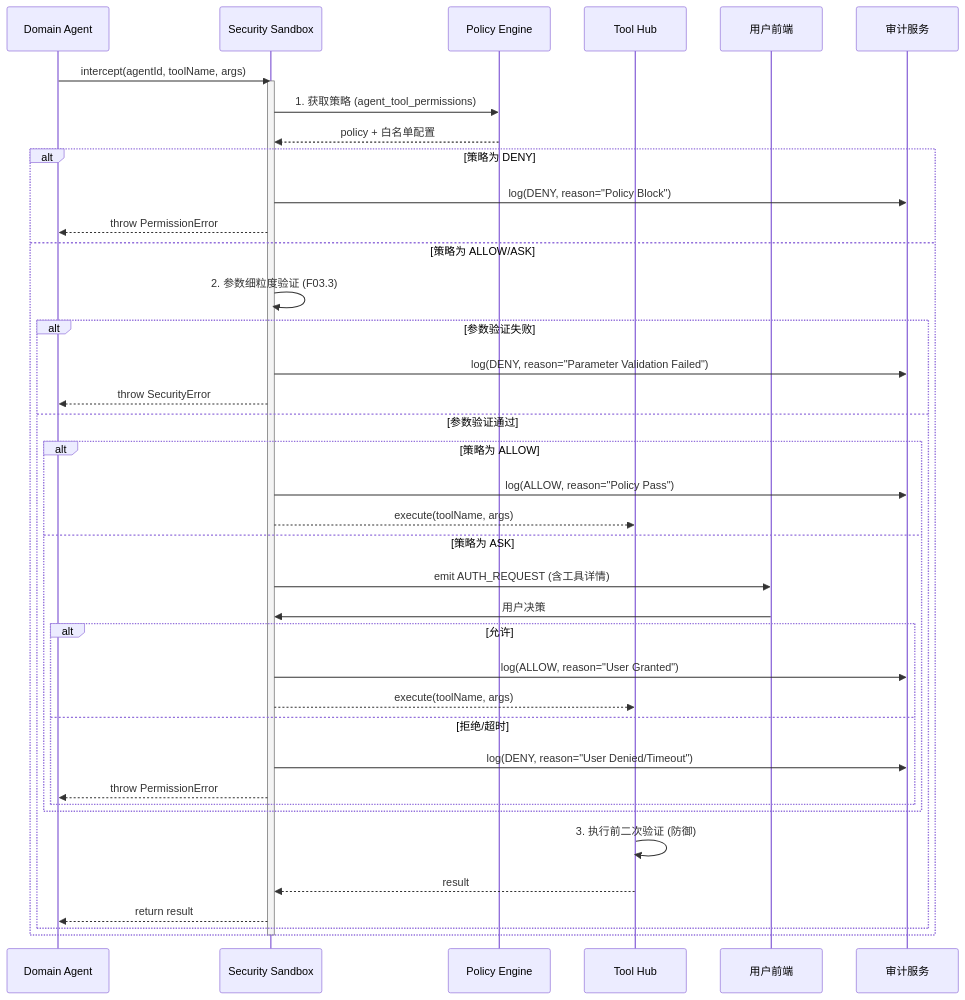
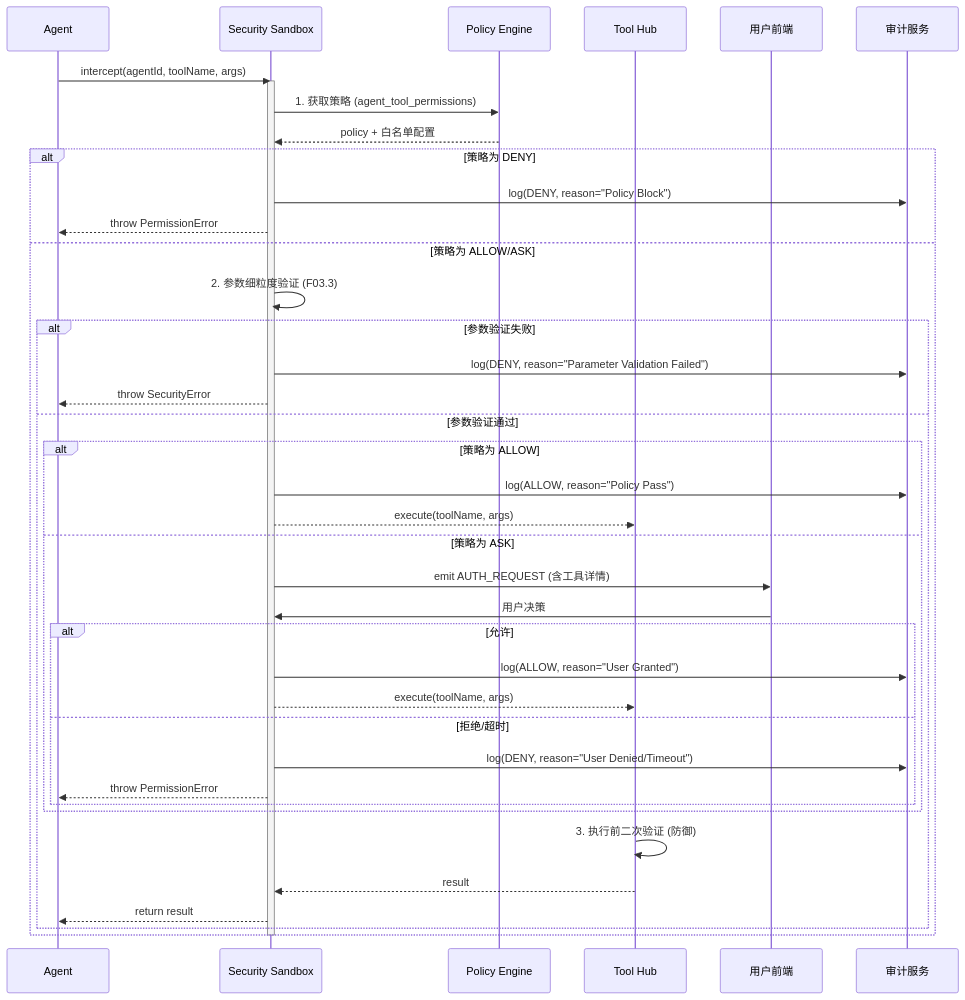
One commit to ivanzwb/coobot changed the third of 3 diagrams in docs/Agent 开发文档/05-详细设计.md. Above: the diagram before and after it, drawn with Mermaid. The commit also changed other lines of this file and 8 other files, not shown here.

````diff
--- a/docs/Agent 开发文档/05-详细设计.md
+++ b/docs/Agent 开发文档/05-详细设计.md
@@ -1149,47 +1881,47 @@
 ```mermaid
 sequenceDiagram
-  participant Agent as Domain Agent
+  participant Agent as Agent
   participant Sandbox as Security Sandbox
   participant Policy as Policy Engine
   participant ToolHub as Tool Hub
   participant User as 用户前端
   participant Audit as 审计服务
 
   Agent->>Sandbox: intercept(agentId, toolName, args)
-  
+
   activate Sandbox
   Sandbox->>Policy: 1. 获取策略 (agent_tool_permissions)
   Policy-->>Sandbox: policy + 白名单配置
-  
+
   alt 策略为 DENY
       Sandbox->>Audit: log(DENY, reason="Policy Block")
       Sandbox-->>Agent: throw PermissionError
   else 策略为 ALLOW/ASK
       Sandbox->>Sandbox: 2. 参数细粒度验证 (F03.3)
-      
+
       alt 参数验证失败
           Sandbox->>Audit: log(DENY, reason="Parameter Validation Failed")
           Sandbox-->>Agent: throw SecurityError
       else 参数验证通过
           alt 策略为 ALLOW
               Sandbox->>Audit: log(ALLOW, reason="Policy Pass")
               Sandbox-->>ToolHub: execute(toolName, args)
           else 策略为 ASK
               Sandbox->>User: emit AUTH_REQUEST (含工具详情)
               User->>Sandbox: 用户决策
               alt 允许
                   Sandbox->>Audit: log(ALLOW, reason="User Granted")
                   Sandbox-->>ToolHub: execute(toolName, args)
               else 拒绝/超时
                   Sandbox->>Audit: log(DENY, reason="User Denied/Timeout")
                   Sandbox-->>Agent: throw PermissionError
               end
           end
-          
+
           ToolHub->>ToolHub: 3. 执行前二次验证 (防御)
           ToolHub-->>Sandbox: result
           Sandbox-->>Agent: return result
       end
   end
   deactivate Sandbox
 ```
````
